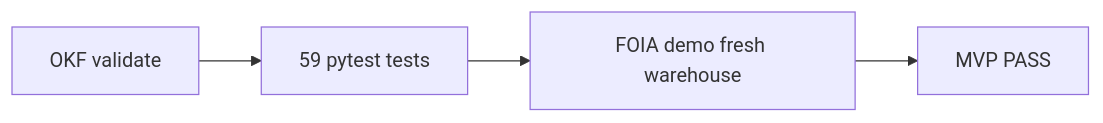
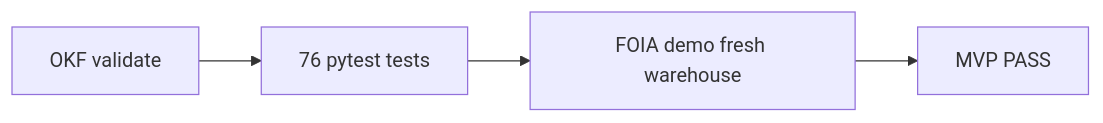
The second of 2 diagrams in docs/GETTING-STARTED.md (khaosans/operator-etl), drawn with Mermaid before and after one commit. The commit also changed other lines of this file and 33 other files, not shown here.

````diff
--- a/docs/GETTING-STARTED.md
+++ b/docs/GETTING-STARTED.md
@@ -87,6 +87,6 @@
 ```mermaid
 flowchart LR
-  OKF[OKF validate] --> pytest[59 pytest tests]
+  OKF[OKF validate] --> pytest[76 pytest tests]
   pytest --> demo[FOIA demo fresh warehouse]
   demo --> pass[MVP PASS]
 ```
````
